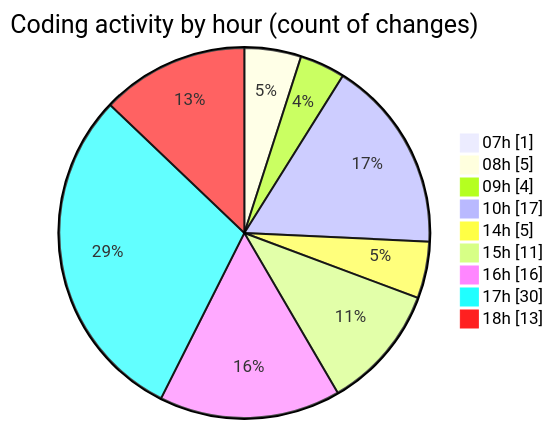
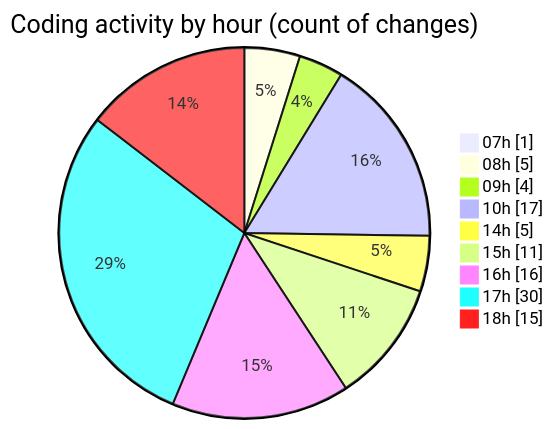
One commit to momahboobian/code-tracking changed the second of 2 diagrams in 2025-05-14/cda/README.md. Above: the diagram before and after it, drawn with Mermaid. The commit also changed other lines of this file and 1 other file, not shown here.

````diff
--- a/2025-05-14/cda/README.md
+++ b/2025-05-14/cda/README.md
@@ -42,13 +42,13 @@
 ```mermaid
 pie showData
 title Coding activity by hour (count of changes)
 "07h" : 1
 "08h" : 5
 "09h" : 4
 "10h" : 17
 "14h" : 5
 "15h" : 11
 "16h" : 16
 "17h" : 30
-"18h" : 13
+"18h" : 15
 ```
````
